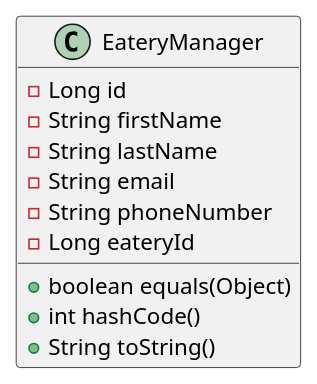
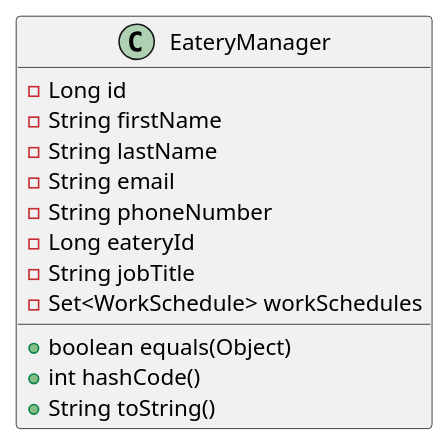
The diagram in diagram/manager.puml (kyklospi/eatery), drawn with PlantUML before and after one commit. The commit also changed 9 other files, not shown here.

Commit message:
update diagrams

```diff
--- a/diagram/manager.puml
+++ b/diagram/manager.puml
@@ -1,13 +1,15 @@
 @startuml
 class EateryManager {
 - Long id
 - String firstName
 - String lastName
 - String email
 - String phoneNumber
 - Long eateryId
+- String jobTitle
+- Set<WorkSchedule> workSchedules
 + boolean equals(Object)
 + int hashCode()
 + String toString()
 }
 @enduml
```
